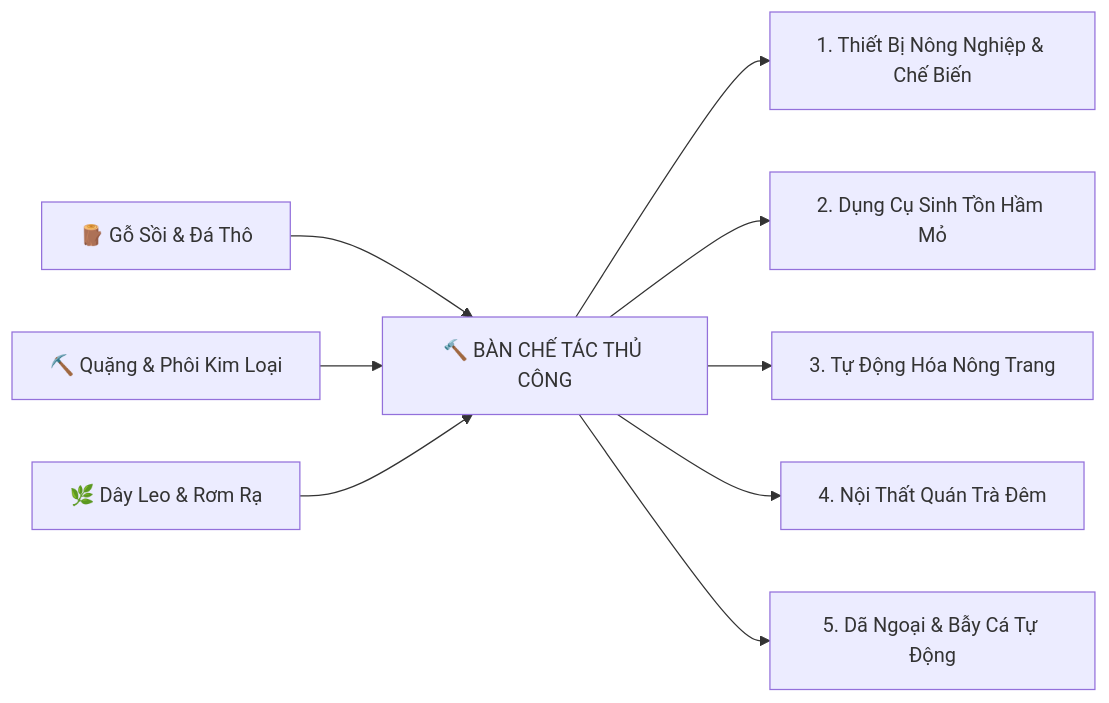
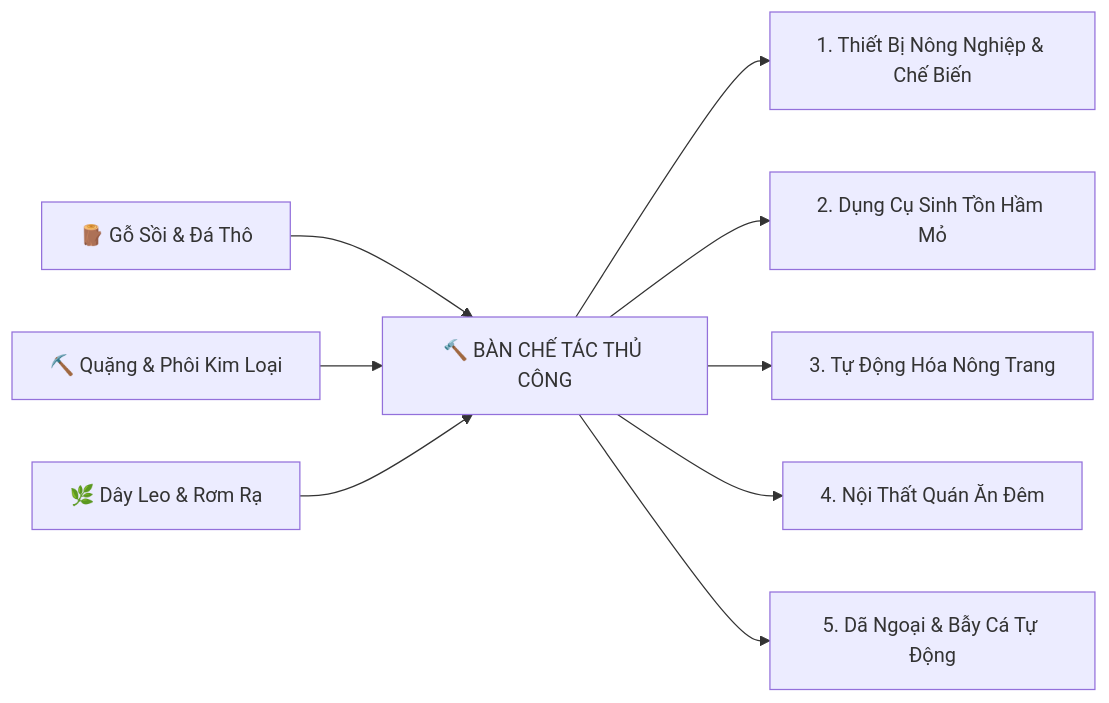
One commit to mquand/rowan-of-oakhaven-wiki changed the diagram in docs/vi/crafting-guide.md. Above: the diagram before and after it, drawn with Mermaid. The commit also changed other lines of this file and 25 other files, not shown here.

````diff
--- a/docs/vi/crafting-guide.md
+++ b/docs/vi/crafting-guide.md
@@ -18,11 +18,11 @@
 ```mermaid
 flowchart LR
     Wood["🪵 Gỗ Sồi & Đá Thô"] --> Bench["🔨 BÀN CHẾ TÁC THỦ CÔNG"]
     Minerals["⛏️ Quặng & Phôi Kim Loại"] --> Bench
     Vines["🌿 Dây Leo & Rơm Rạ"] --> Bench
     Bench --> Out1["1. Thiết Bị Nông Nghiệp & Chế Biến"]
     Bench --> Out2["2. Dụng Cụ Sinh Tồn Hầm Mỏ"]
     Bench --> Out3["3. Tự Động Hóa Nông Trang"]
-    Bench --> Out4["4. Nội Thất Quán Trà Đêm"]
+    Bench --> Out4["4. Nội Thất Quán Ăn Đêm"]
     Bench --> Out5["5. Dã Ngoại & Bẫy Cá Tự Động"]
 ```
````
